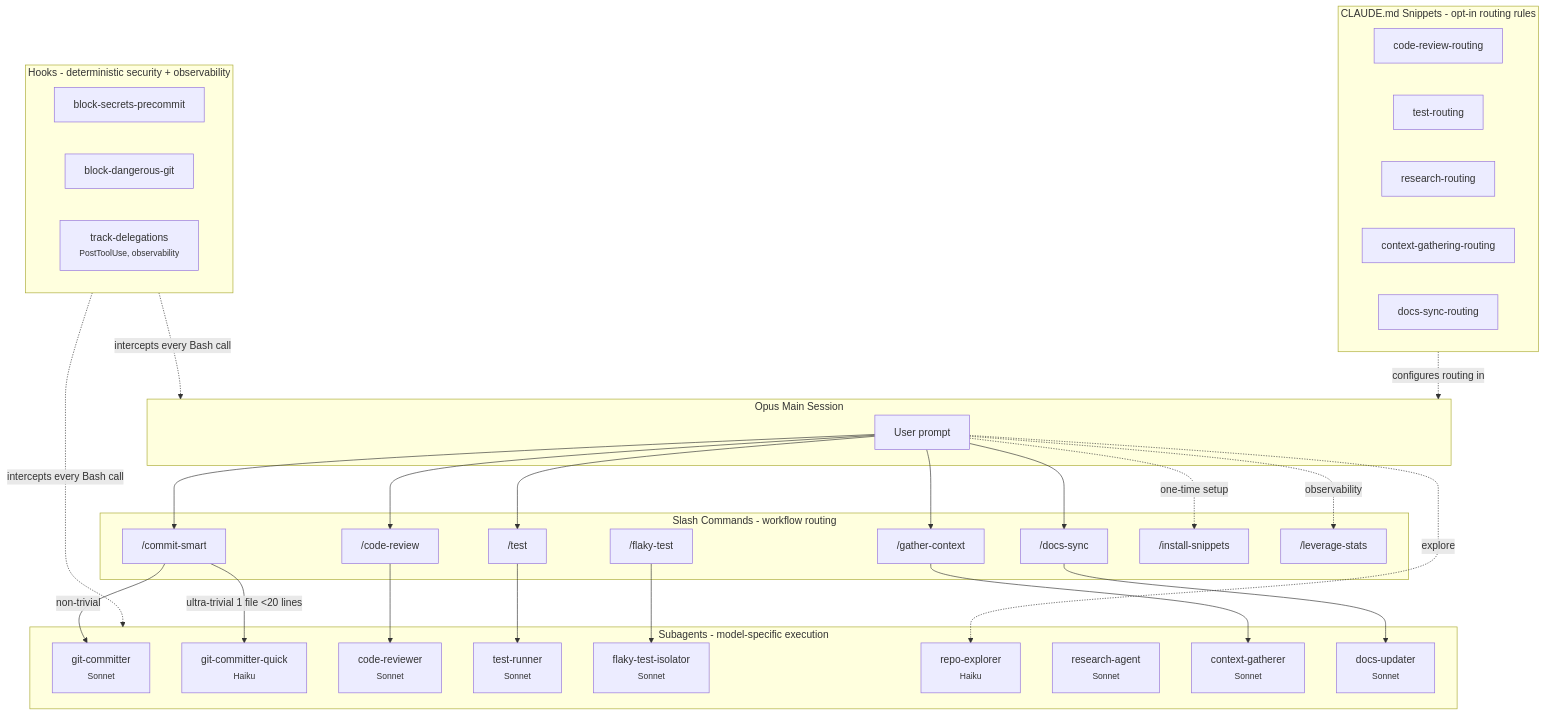
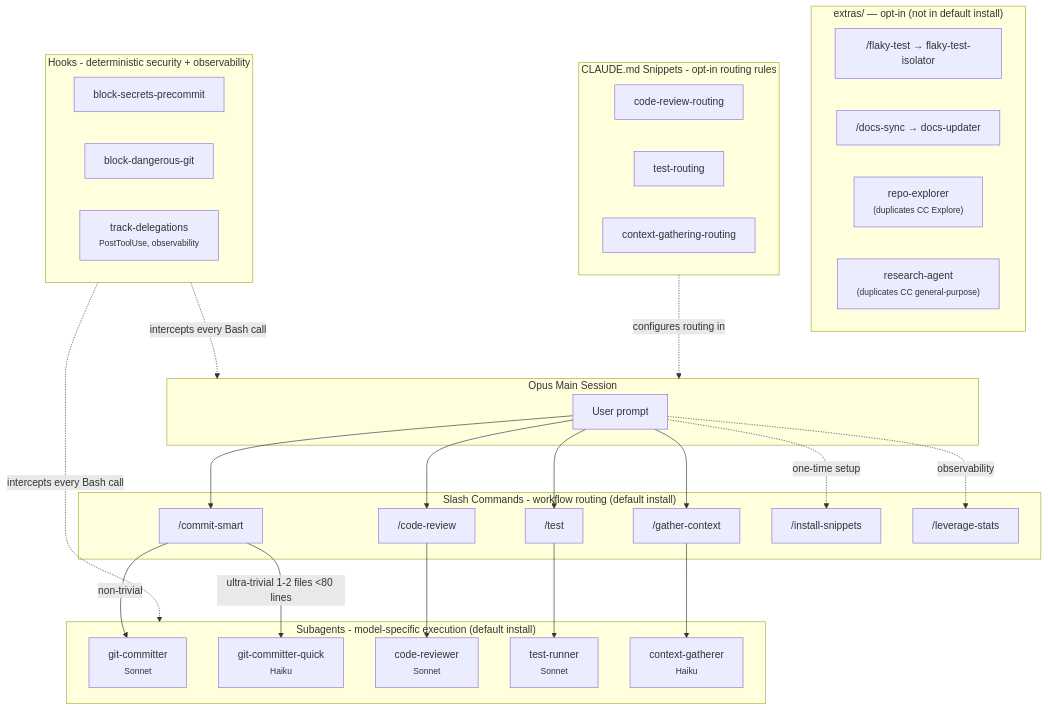
The diagram in README.md (Filip-Podstavec/claude-leverage), drawn with Mermaid before and after one commit. The commit also changed other lines of this file and 274 other files, not shown here.

First line of the commit message:
chore(v0.11.0): move low-value agents to extras/, simplify commit-smart routing

````diff
--- a/README.md
+++ b/README.md
@@ -31,59 +31,55 @@
 ```mermaid
 graph TB
     subgraph Main["Opus Main Session"]
         USER["User prompt"]
     end
 
-    subgraph Commands["Slash Commands - workflow routing"]
+    subgraph Commands["Slash Commands - workflow routing (default install)"]
         CS["/commit-smart"]
         CR["/code-review"]
         TT["/test"]
-        FT["/flaky-test"]
         GCT["/gather-context"]
-        DS["/docs-sync"]
         IS["/install-snippets"]
         LS["/leverage-stats"]
     end
 
-    subgraph Agents["Subagents - model-specific execution"]
+    subgraph Agents["Subagents - model-specific execution (default install)"]
         GC["git-committer<br/><small>Sonnet</small>"]
         GCQ["git-committer-quick<br/><small>Haiku</small>"]
         CRA["code-reviewer<br/><small>Sonnet</small>"]
         TR["test-runner<br/><small>Sonnet</small>"]
-        FTI["flaky-test-isolator<br/><small>Sonnet</small>"]
-        RX["repo-explorer<br/><small>Haiku</small>"]
-        RA["research-agent<br/><small>Sonnet</small>"]
-        CG["context-gatherer<br/><small>Sonnet</small>"]
-        DU["docs-updater<br/><small>Sonnet</small>"]
+        CG["context-gatherer<br/><small>Haiku</small>"]
+    end
+
+    subgraph Extras["extras/ — opt-in (not in default install)"]
+        FT["/flaky-test → flaky-test-isolator"]
+        DS["/docs-sync → docs-updater"]
+        RX["repo-explorer<br/><small>(duplicates CC Explore)</small>"]
+        RA["research-agent<br/><small>(duplicates CC general-purpose)</small>"]
     end
 
     subgraph Hooks["Hooks - deterministic security + observability"]
         BS["block-secrets-precommit"]
         BD["block-dangerous-git"]
         TD["track-delegations<br/><small>PostToolUse, observability</small>"]
     end
 
     subgraph Snippets["CLAUDE.md Snippets - opt-in routing rules"]
         CRR["code-review-routing"]
         TRR["test-routing"]
-        RR["research-routing"]
         CGR["context-gathering-routing"]
-        DSR["docs-sync-routing"]
     end
 
-    USER --> CS & CR & TT & GCT & DS
+    USER --> CS & CR & TT & GCT
     USER -.->|"one-time setup"| IS
     USER -.->|"observability"| LS
-    USER -.->|"explore"| RX
-    CS -->|"ultra-trivial 1 file <20 lines"| GCQ
+    CS -->|"ultra-trivial 1-2 files <80 lines"| GCQ
     CS -->|"non-trivial"| GC
     CR --> CRA
     TT --> TR
-    FT --> FTI
     GCT --> CG
-    DS --> DU
 
     Hooks -.->|"intercepts every Bash call"| Main
     Hooks -.->|"intercepts every Bash call"| Agents
     Snippets -.->|"configures routing in"| Main
 ```
````
